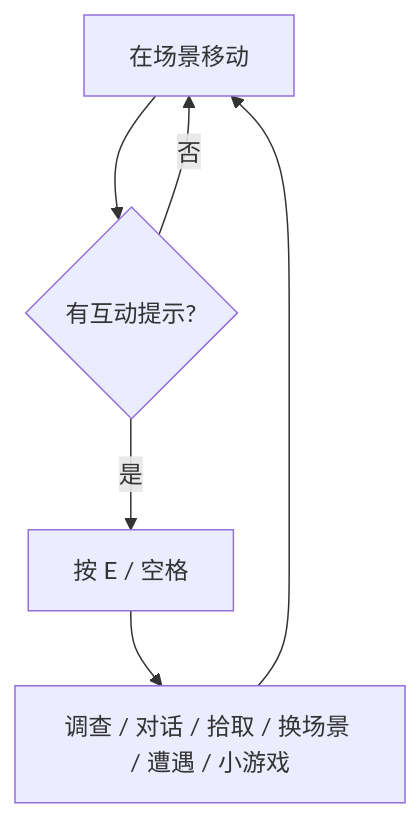
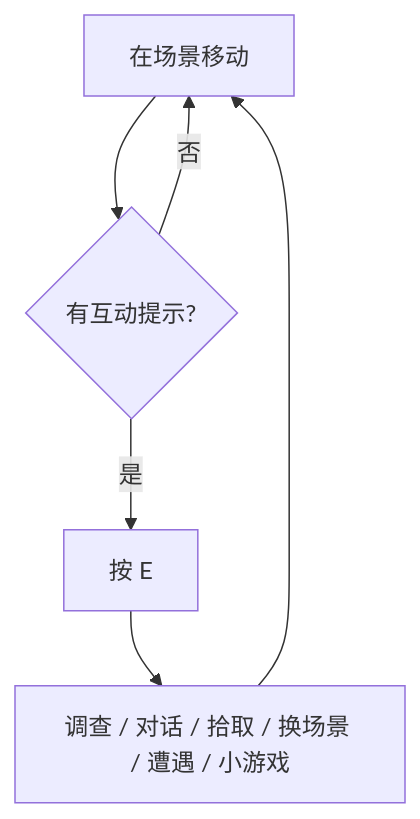
Before and after one commit to wubugui/GDoc: the diagram in docs/player/exploration.md, drawn with Mermaid. The commit also changed other lines of this file and 39 other files, not shown here.

````diff
--- a/docs/player/exploration.md
+++ b/docs/player/exploration.md
@@ -40,8 +40,8 @@
 ```mermaid
 flowchart TD
   M[在场景移动] --> N{有互动提示?}
   N -->|否| M
-  N -->|是| P[按 E / 空格]
+  N -->|是| P[按 E]
   P --> Q[调查 / 对话 / 拾取 / 换场景 / 遭遇 / 小游戏]
   Q --> M
 ```
````
